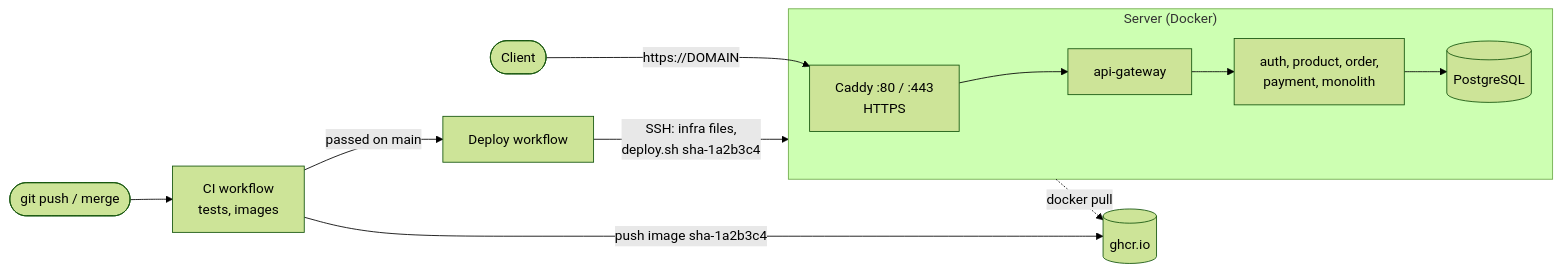
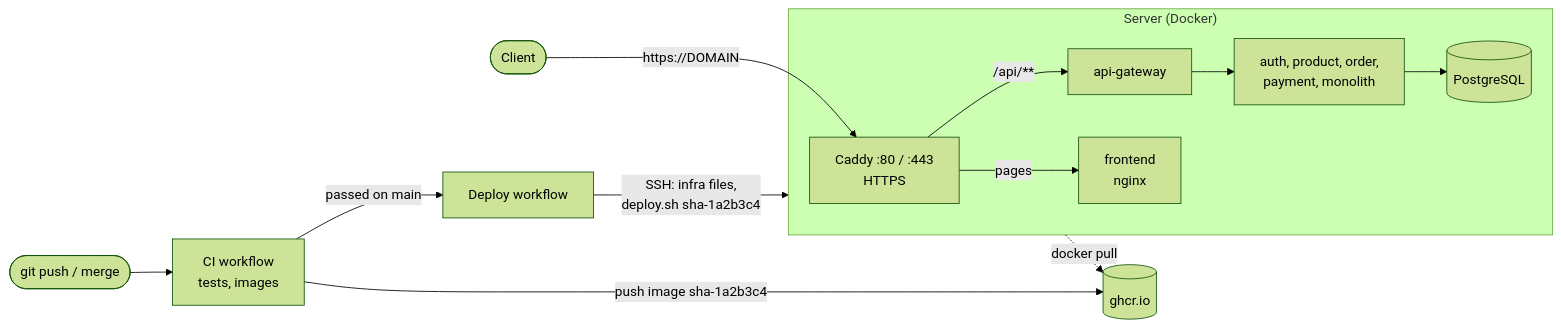
One commit to monssefbaakka/ecommerce-microservices changed the diagram in docs/deployment.md. Above: the diagram before and after it, drawn with Mermaid (forest theme). The commit also changed other lines of this file, not shown here.

Commit message:
docs: deployment guide, Caddy sends the pages to the frontend, eight images

````diff
--- a/docs/deployment.md
+++ b/docs/deployment.md
@@ -7,14 +7,15 @@
 ```mermaid
 flowchart LR
     dev([git push / merge]) --> ci["CI workflow<br/>tests, images"]
     ci -- "push image sha-1a2b3c4" --> ghcr[(ghcr.io)]
     ci -- "passed on main" --> deploy["Deploy workflow"]
     deploy -- "SSH: infra files,<br/>deploy.sh sha-1a2b3c4" --> server
     subgraph server["Server (Docker)"]
-        caddy["Caddy :80 / :443<br/>HTTPS"] --> gateway["api-gateway"]
+        caddy["Caddy :80 / :443<br/>HTTPS"] -- "/api/**" --> gateway["api-gateway"]
+        caddy -- "pages" --> frontend["frontend<br/>nginx"]
         gateway --> services["auth, product, order,<br/>payment, monolith"]
         services --> postgres[(PostgreSQL)]
     end
     server -. "docker pull" .-> ghcr
     user([Client]) -- "https://DOMAIN" --> caddy
 ```
````
